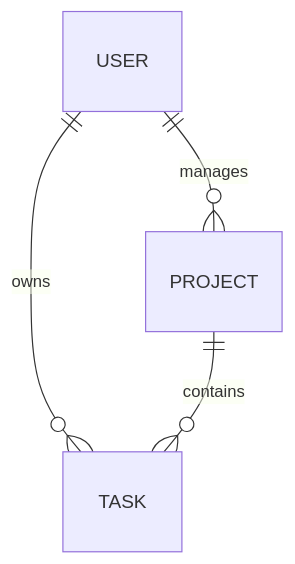
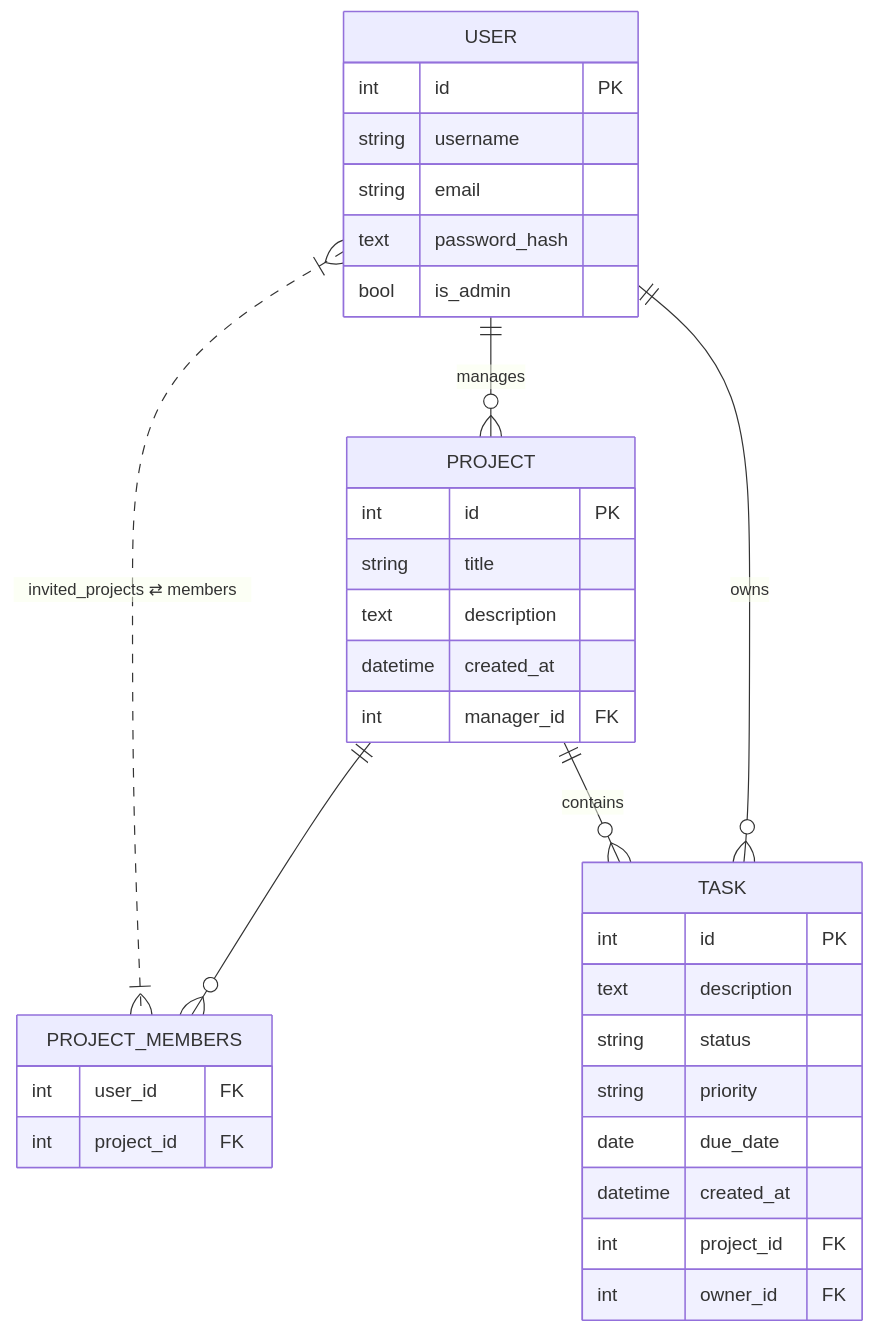
Before and after one commit to ProjectLabTeam2/DevPilot: the diagram in Backend/README.md, drawn with Mermaid. The commit also changed other lines of this file, not shown here.

````diff
--- a/Backend/README.md
+++ b/Backend/README.md
@@ -46,6 +46,42 @@
 ```mermaid
 erDiagram
+    USER {
+        int id PK
+        string username
+        string email
+        text password_hash
+        bool is_admin
+    }
+    PROJECT {
+        int id PK
+        string title
+        text description
+        datetime created_at
+        int manager_id FK
+    }
+    TASK {
+        int id PK
+        text description
+        string status
+        string priority
+        date due_date
+        datetime created_at
+        int project_id FK
+        int owner_id FK
+    }
+    PROJECT_MEMBERS {
+        int user_id FK
+        int project_id FK
+    }
+
+    %% Relaciones Usuario ↔ Proyecto (gestiona y pertenece)
     USER ||--o{ PROJECT : manages
+    USER }|..|{ PROJECT_MEMBERS : "invited_projects ⇄ members"
+    PROJECT ||--o{ PROJECT_MEMBERS : ""
+    
+    %% Relaciones Proyecto ↔ Tarea
+    PROJECT ||--o{ TASK : contains
+
+    %% Relaciones Usuario ↔ Tarea
     USER ||--o{ TASK : owns
-    PROJECT ||--o{ TASK : contains
 ```
````
